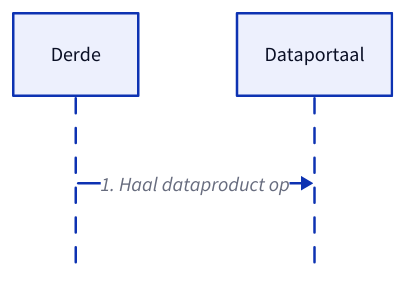
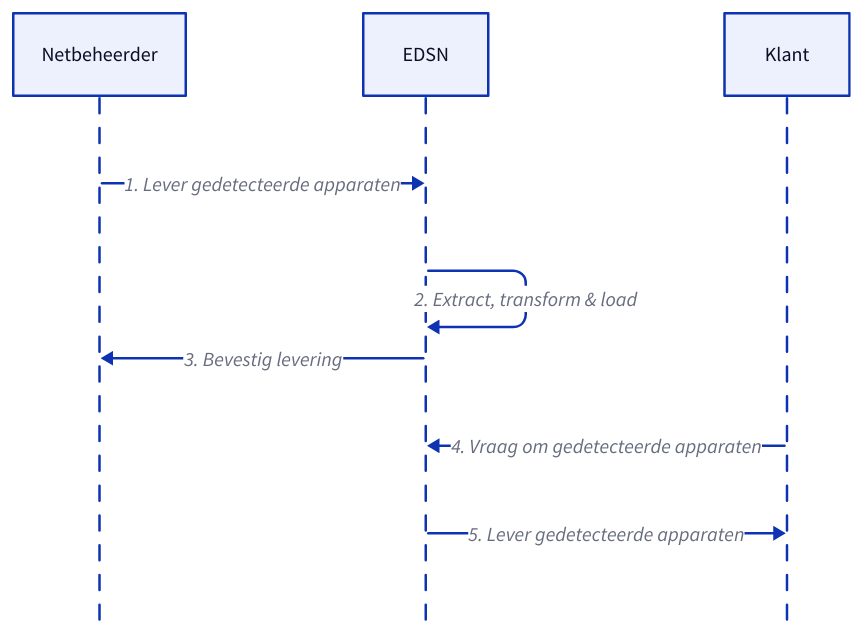
One commit to Netbeheer-Nederland/solution-designs changed the diagram in src/docs/modules/ROOT/partials/diagrams/detectie/gebruiksscenario-centraal.d2. Above: the diagram before and after it, drawn with D2. The commit also changed 1 other file, not shown here.

```diff
--- a/src/docs/modules/ROOT/partials/diagrams/detectie/gebruiksscenario-centraal.d2
+++ b/src/docs/modules/ROOT/partials/diagrams/detectie/gebruiksscenario-centraal.d2
@@ -1,12 +1,13 @@
 vars: {
   d2-config: {
     pad: 20
   }
 }
 
 shape: sequence_diagram
 
-"Derde": "Derde"
-"Dataportaal": "Dataportaal"
-
-"Derde" -> "Dataportaal": "1. Haal dataproduct op"
+Netbeheerder -> EDSN: 1. Lever gedetecteerde apparaten
+EDSN -> EDSN: 2. Extract, transform & load
+EDSN -> Netbeheerder: 3. Bevestig levering
+Klant -> EDSN: 4. Vraag om gedetecteerde apparaten
+EDSN -> Klant: 5. Lever gedetecteerde apparaten
```
